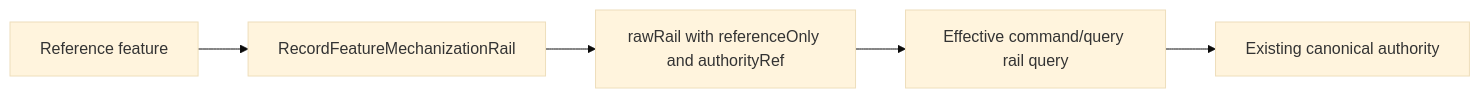
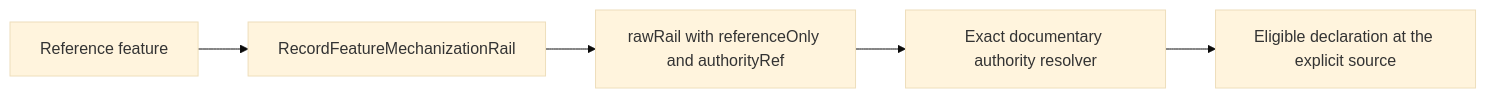
The third of 6 diagrams in docs/planning/proposals/mandatory/governance-and-docs/planning-db-operational-integrity-reconciliation-plan-20260830.md (dunay2/dvt), drawn with Mermaid (base theme) before and after one commit. The commit also changed other lines of this file and 13 other files, not shown here.

Commit message:
fix(ci): Resolve documentary rail authorities consistently across catalogs

````diff
--- a/docs/planning/proposals/mandatory/governance-and-docs/planning-db-operational-integrity-reconciliation-plan-20260830.md
+++ b/docs/planning/proposals/mandatory/governance-and-docs/planning-db-operational-integrity-reconciliation-plan-20260830.md
@@ -122,10 +122,10 @@
 ```mermaid
 flowchart LR
   Reference[Reference feature]
   Command[RecordFeatureMechanizationRail]
   RawRail[rawRail with referenceOnly and authorityRef]
-  Query[Effective command/query rail query]
-  Authority[Existing canonical authority]
+  Query[Exact documentary authority resolver]
+  Authority[Eligible declaration at the explicit source]
 
   Reference --> Command --> RawRail --> Query --> Authority
 ```
````
